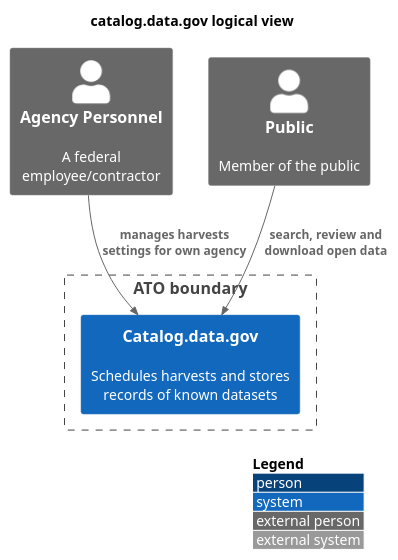
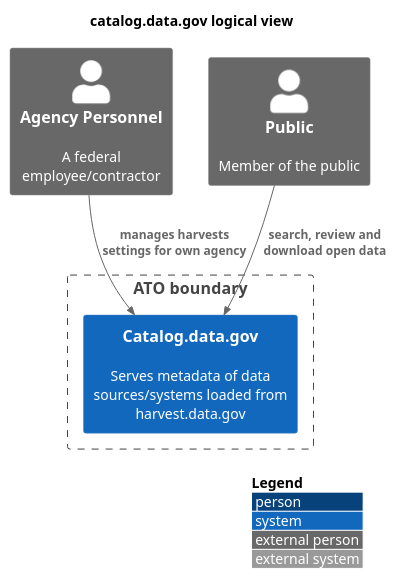
Before and after one commit to GSA/datagov-compliance: the diagram in apps/catalog.logical.md, drawn with PlantUML. The commit also changed 11 other files, not shown here.

````diff
--- a/apps/catalog.logical.md
+++ b/apps/catalog.logical.md
@@ -3,15 +3,15 @@
 ```plantuml
 @startuml
 !include https://raw.githubusercontent.com/plantuml-stdlib/C4-PlantUML/master/C4_Context.puml
 LAYOUT_WITH_LEGEND()
 title catalog.data.gov logical view
 Person_Ext(personnel, "Agency Personnel", "A federal employee/contractor")
 Person_Ext(public, "Public", "Member of the public")
 'note left of personnel : In java, every class\nextends this one.
 Boundary(atob, "ATO boundary") {
-    System(catalog, "Catalog.data.gov", "Schedules harvests and stores records of known datasets")
+    System(catalog, "Catalog.data.gov", "Serves metadata of data sources/systems loaded from harvest.data.gov")
 }
 Rel(personnel, catalog, "manages harvests settings for own agency")
 Rel(public, catalog, "search, review and download open data")
 @enduml
 ```
````
